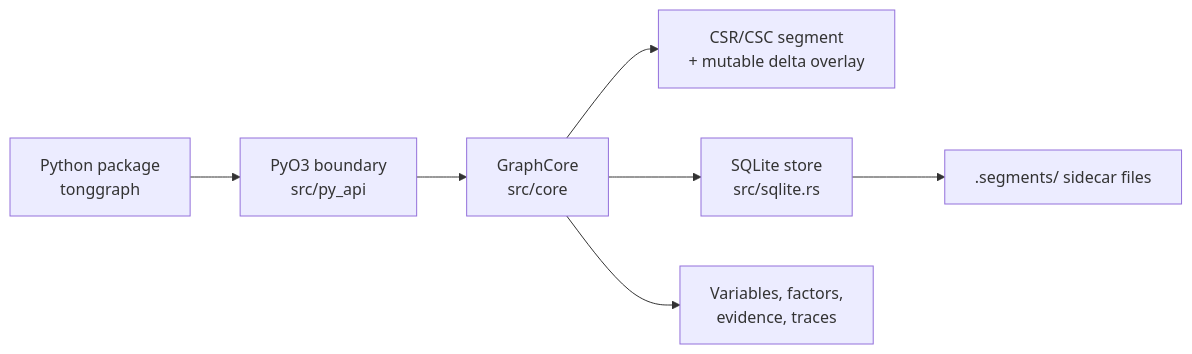
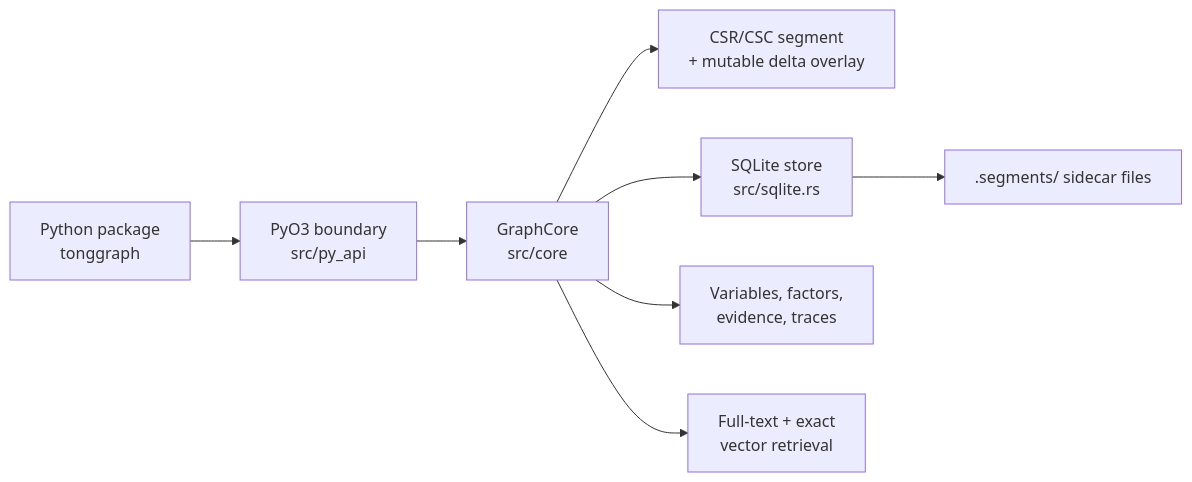
One commit to bigai-nlco/TongGraph changed the diagram in docs/design/architecture.md. Above: the diagram before and after it, drawn with Mermaid. The commit also changed other lines of this file and 23 other files, not shown here.

Commit message:
feat: add vector retrieval

````diff
--- a/docs/design/architecture.md
+++ b/docs/design/architecture.md
@@ -6,9 +6,10 @@
 ```mermaid
 flowchart LR
     Python["Python package<br/>tonggraph"] --> PyO3["PyO3 boundary<br/>src/py_api"]
     PyO3 --> Core["GraphCore<br/>src/core"]
     Core --> Adj["CSR/CSC segment<br/>+ mutable delta overlay"]
     Core --> Store["SQLite store<br/>src/sqlite.rs"]
     Core --> Inference["Variables, factors,<br/>evidence, traces"]
+    Core --> Retrieval["Full-text + exact<br/>vector retrieval"]
     Store --> Sidecar[".segments/ sidecar files"]
 ```
````
